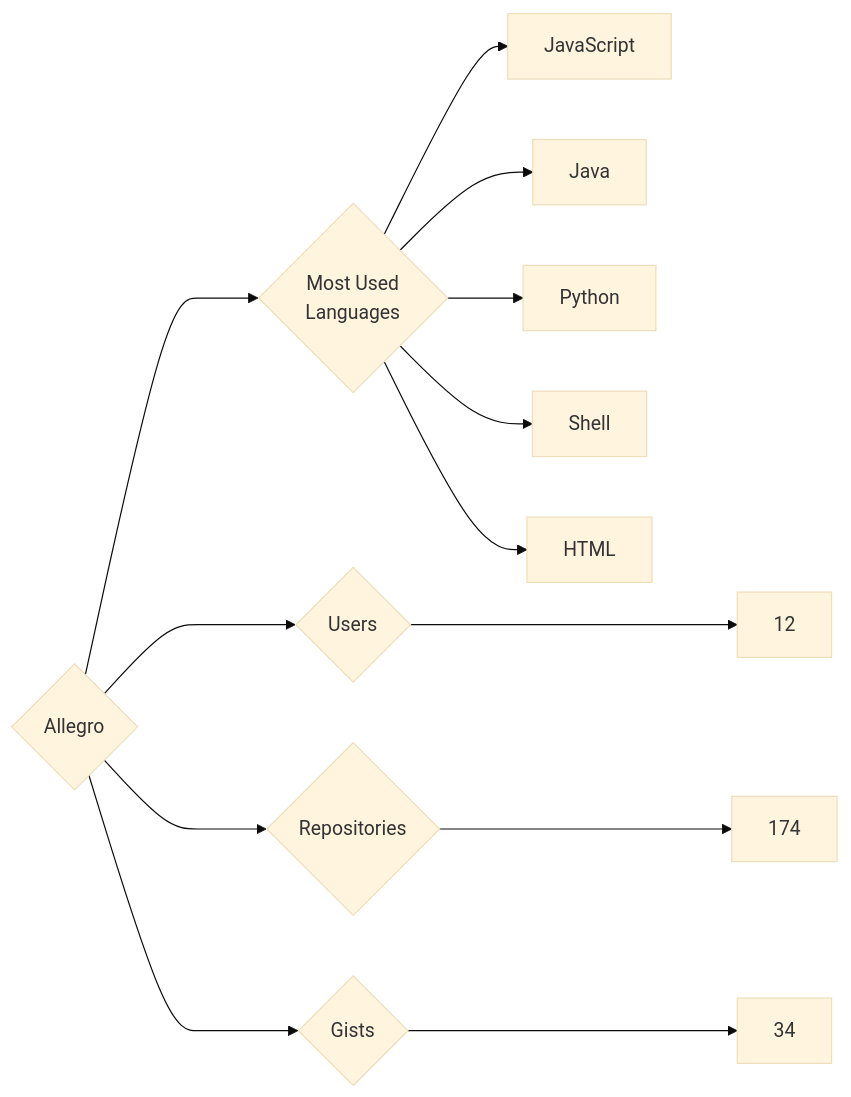
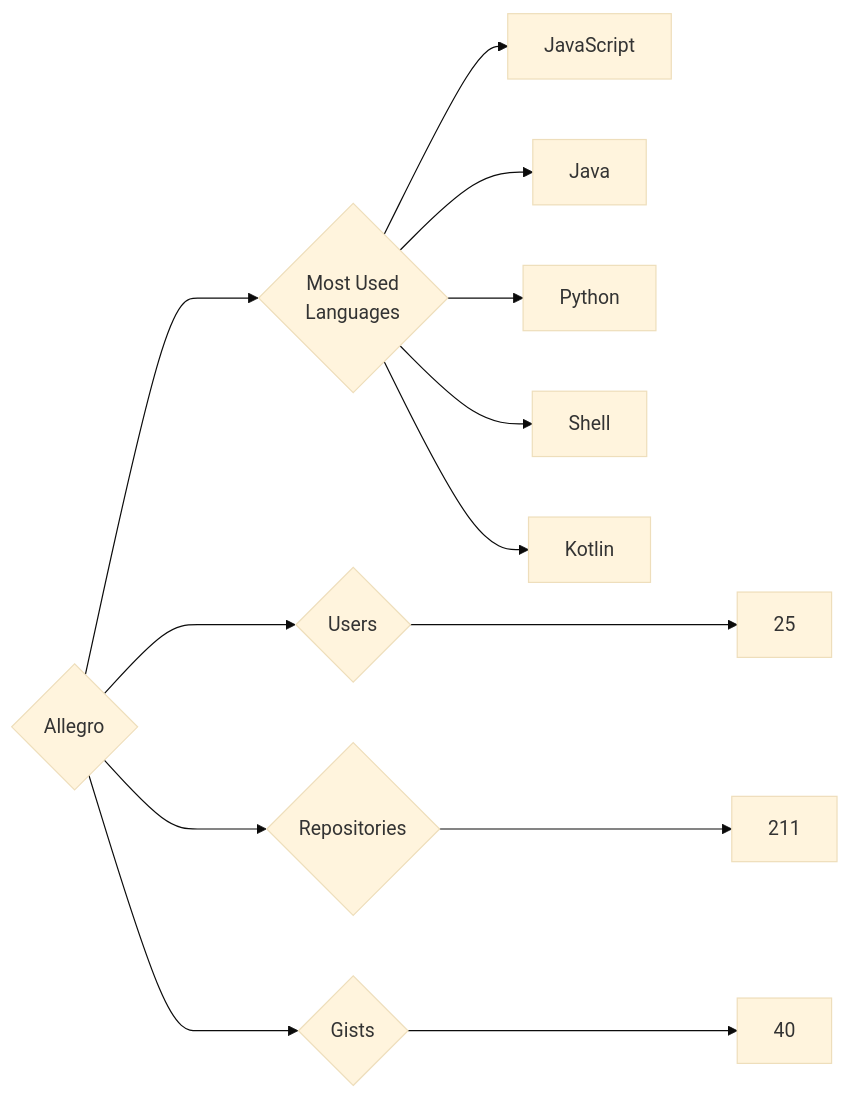
The diagram in targets/Allegro/README.md (trickest/insiders), drawn with Mermaid (base theme) before and after one commit. The commit also changed 916 other files, not shown here.

````diff
--- a/targets/Allegro/README.md
+++ b/targets/Allegro/README.md
@@ -3,13 +3,13 @@
 ```mermaid
 graph LR
 COMPANY_NAME{Allegro}
-COMPANY_NAME ---> U{Users} ---> UN[12]
-COMPANY_NAME ---> R{Repositories} ---> RN[174]
-COMPANY_NAME ---> G{Gists} ---> GN[34]
+COMPANY_NAME ---> U{Users} ---> UN[25]
+COMPANY_NAME ---> R{Repositories} ---> RN[211]
+COMPANY_NAME ---> G{Gists} ---> GN[40]
 COMPANY_NAME ---> ML{Most Used<br>Languages}
 ML --> JavaScript[JavaScript]
 ML --> Java[Java]
 ML --> Python[Python]
 ML --> Shell[Shell]
-ML --> HTML[HTML]
+ML --> Kotlin[Kotlin]
 ```
````
